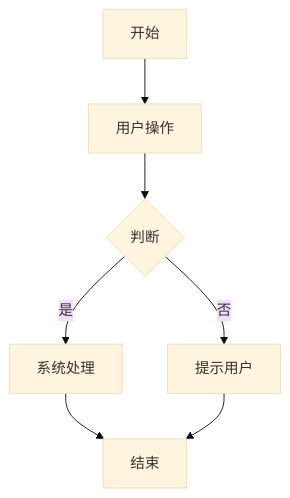
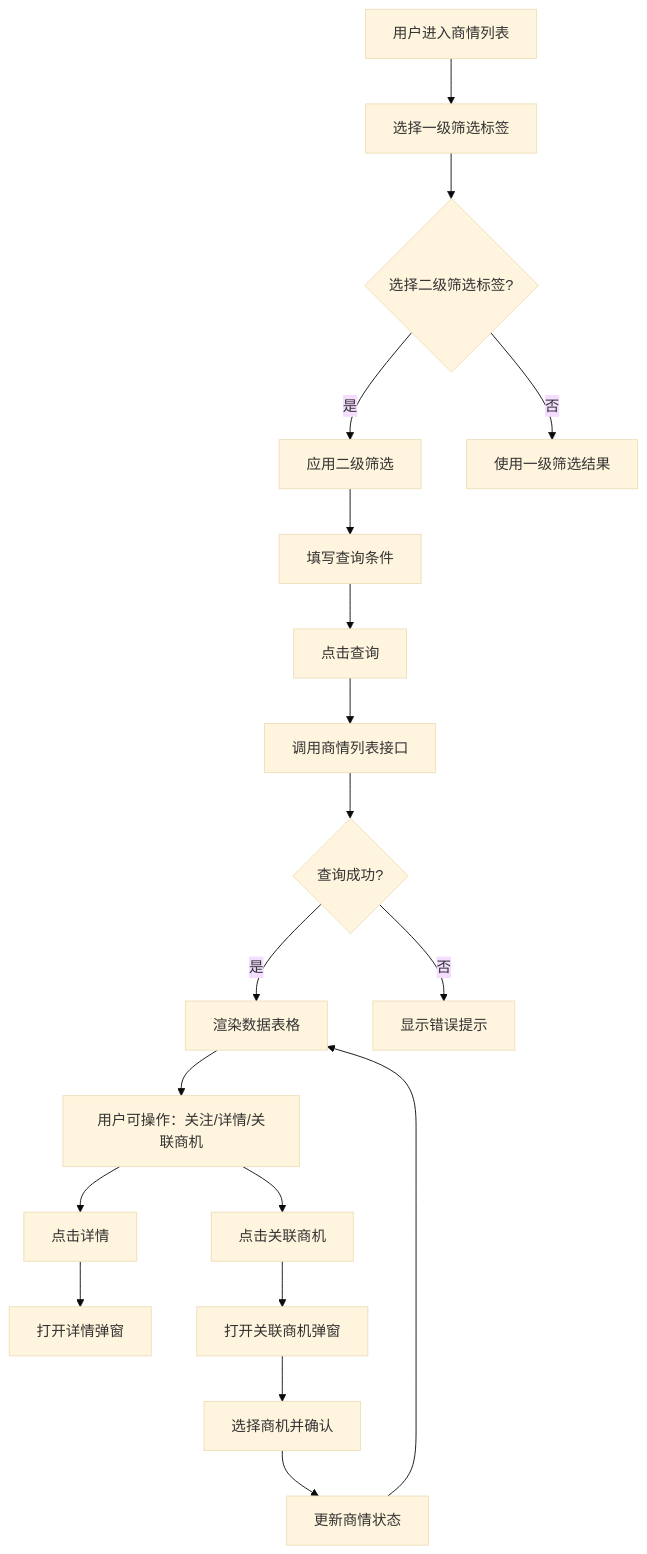
One commit to cuiweihaoxuan-eng/lto changed the diagram in public/prd/_routes/_business-info.md. Above: the diagram before and after it, drawn with Mermaid (base theme). The commit also changed other lines of this file and 79 other files, not shown here.

````diff
--- a/public/prd/_routes/_business-info.md
+++ b/public/prd/_routes/_business-info.md
@@ -44,9 +65,21 @@
 ```mermaid
 graph TD
-    A[开始] --> B[用户操作]
-    B --> C{判断}
-    C -->|是| D[系统处理]
-    C -->|否| E[提示用户]
-    D --> F[结束]
-    E --> F
+    A[用户进入商情列表] --> B[选择一级筛选标签]
+    B --> C{选择二级筛选标签?}
+    C -->|是| D[应用二级筛选]
+    C -->|否| E[使用一级筛选结果]
+    D --> F[填写查询条件]
+    F --> G[点击查询]
+    G --> H[调用商情列表接口]
+    H --> I{查询成功?}
+    I -->|是| J[渲染数据表格]
+    J --> K[用户可操作：关注/详情/关联商机]
+    I -->|否| L[显示错误提示]
+    K --> M[点击详情]
+    M --> N[打开详情弹窗]
+    K --> O[点击关联商机]
+    O --> P[打开关联商机弹窗]
+    P --> Q[选择商机并确认]
+    Q --> R[更新商情状态]
+    R --> J
 ```
````
